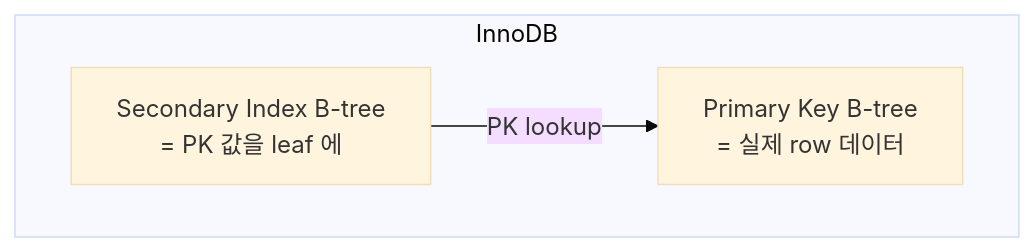
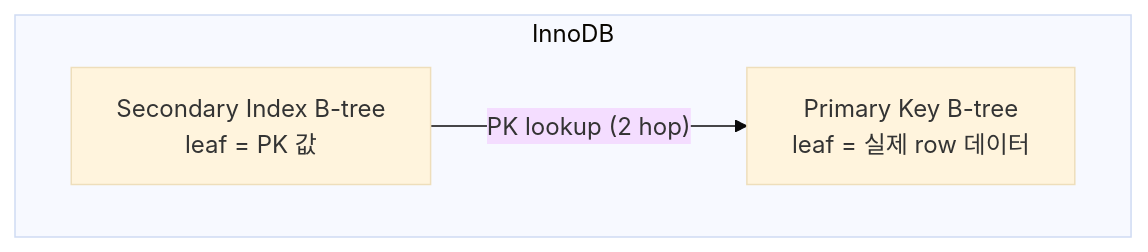
The second of 8 diagrams in src/content/wiki/database-internals/mysql-innodb.mdx (shinkeonkim/shinkeonkim.github.io), drawn with Mermaid (base theme) before and after one commit. The commit also changed other lines of this file and 526 other files, not shown here.

First line of the commit message:
content(wiki): 전수조사 및 대규모 보강 (짧은 파일 0, mermaid +645)

````diff
--- a/src/content/wiki/database-internals/mysql-innodb.mdx
+++ b/src/content/wiki/database-internals/mysql-innodb.mdx
@@ -41,8 +56,8 @@
 ```mermaid
 flowchart TB
     subgraph InnoDB
-        PK[Primary Key B-tree<br/>= 실제 row 데이터]
-        Sec[Secondary Index B-tree<br/>= PK 값을 leaf 에]
-        Sec -->|PK lookup| PK
+        PK["Primary Key B-tree<br/>leaf = 실제 row 데이터"]
+        Sec["Secondary Index B-tree<br/>leaf = PK 값"]
+        Sec -->|"PK lookup (2 hop)"| PK
     end
 ```
````
